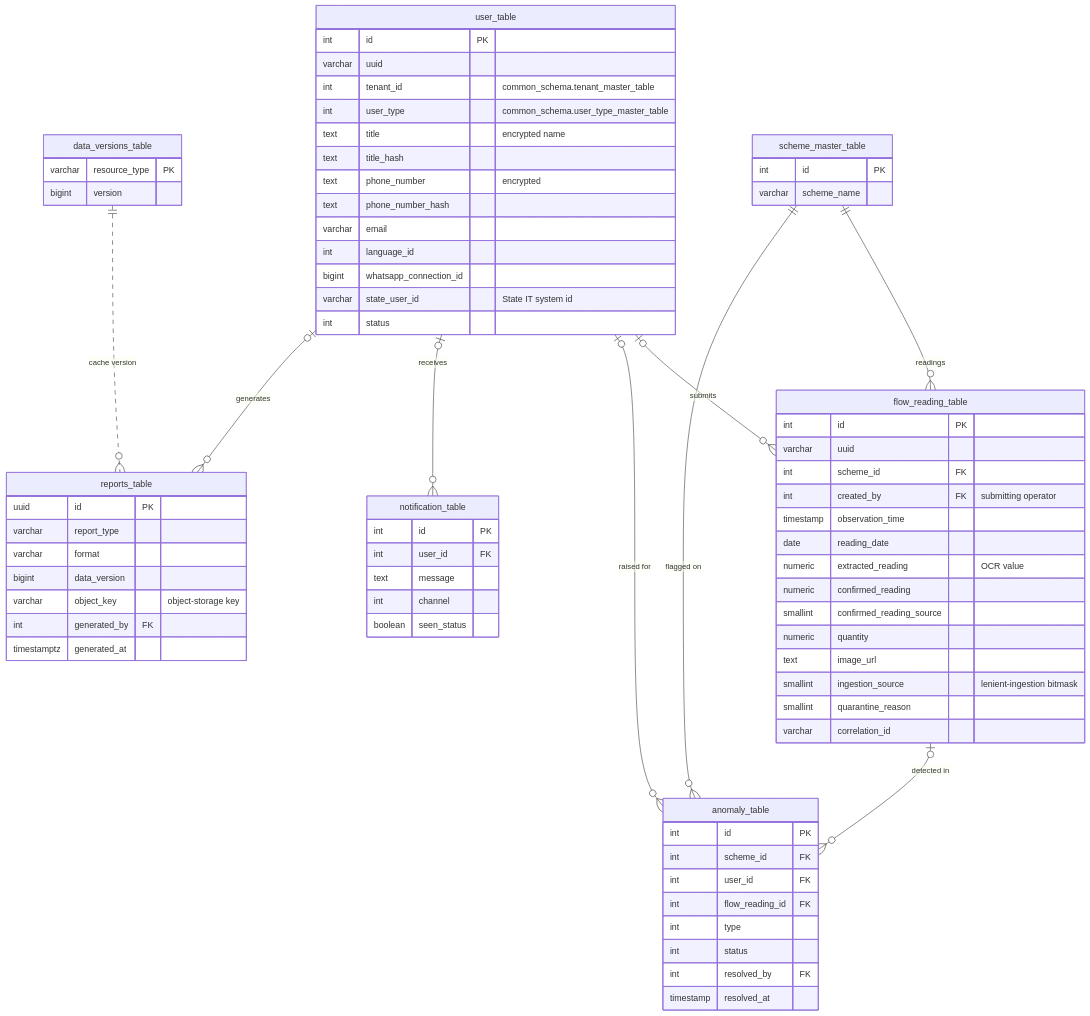
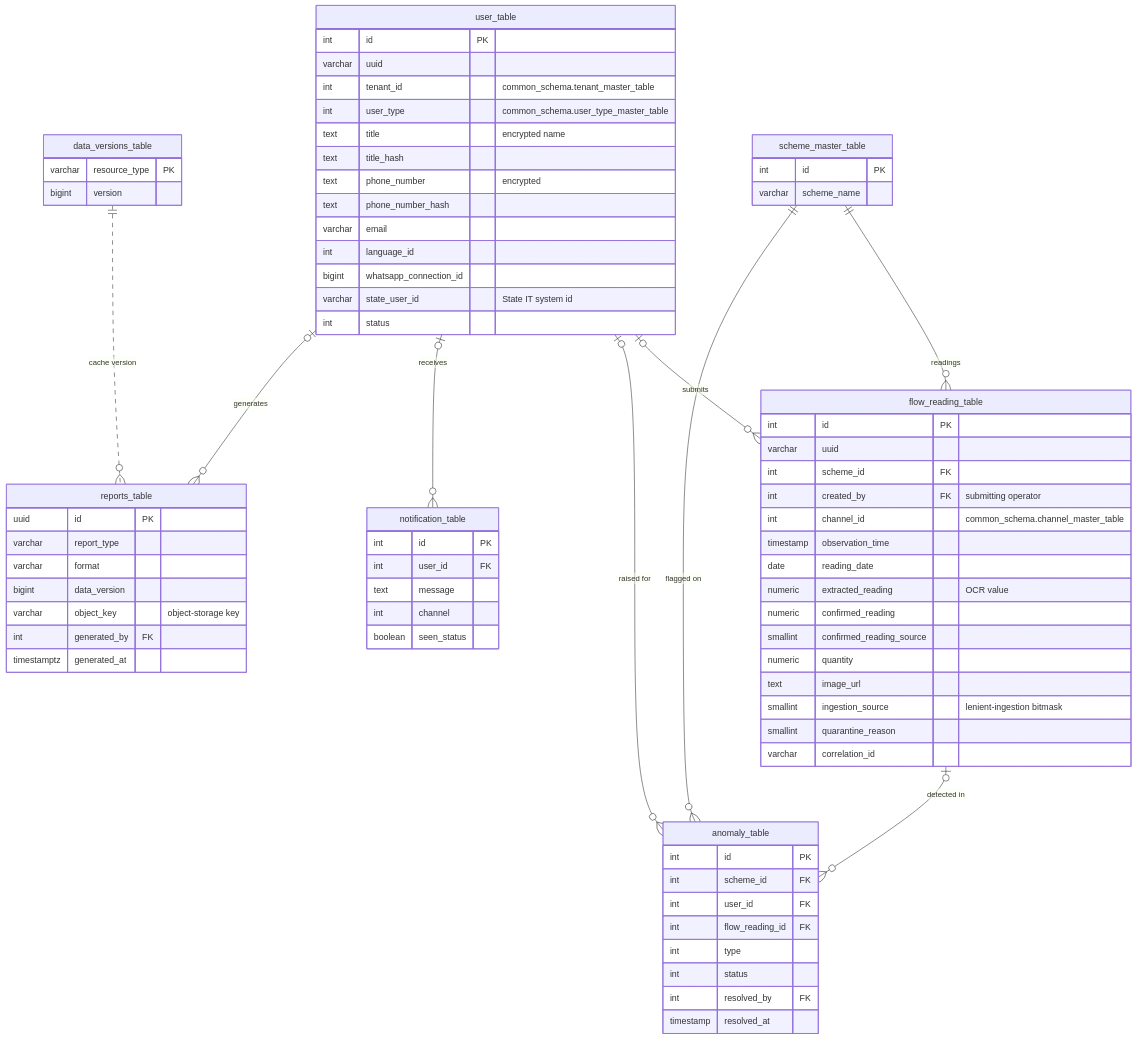
One commit to arghyam/JalSoochak changed the fourth of 8 diagrams in gitbook/database-er-diagram.md. Above: the diagram before and after it, drawn with Mermaid. The commit also changed other lines of this file and 3 other files, not shown here.

````diff
--- a/gitbook/database-er-diagram.md
+++ b/gitbook/database-er-diagram.md
@@ -208,77 +208,78 @@
 ```mermaid
 erDiagram
     scheme_master_table {
         int id PK
         varchar scheme_name
     }
     user_table {
         int id PK
         varchar uuid
         int tenant_id "common_schema.tenant_master_table"
         int user_type "common_schema.user_type_master_table"
         text title "encrypted name"
         text title_hash
         text phone_number "encrypted"
         text phone_number_hash
         varchar email
         int language_id
         bigint whatsapp_connection_id
         varchar state_user_id "State IT system id"
         int status
     }
     flow_reading_table {
         int id PK
         varchar uuid
         int scheme_id FK
         int created_by FK "submitting operator"
+        int channel_id "common_schema.channel_master_table"
         timestamp observation_time
         date reading_date
         numeric extracted_reading "OCR value"
         numeric confirmed_reading
         smallint confirmed_reading_source
         numeric quantity
         text image_url
         smallint ingestion_source "lenient-ingestion bitmask"
         smallint quarantine_reason
         varchar correlation_id
     }
     anomaly_table {
         int id PK
         int scheme_id FK
         int user_id FK
         int flow_reading_id FK
         int type
         int status
         int resolved_by FK
         timestamp resolved_at
     }
     notification_table {
         int id PK
         int user_id FK
         text message
         int channel
         boolean seen_status
     }
     reports_table {
         uuid id PK
         varchar report_type
         varchar format
         bigint data_version
         varchar object_key "object-storage key"
         int generated_by FK
         timestamptz generated_at
     }
     data_versions_table {
         varchar resource_type PK
         bigint version
     }
 
     user_table |o--o{ flow_reading_table : "submits"
     scheme_master_table ||--o{ flow_reading_table : "readings"
     flow_reading_table |o--o{ anomaly_table : "detected in"
     scheme_master_table ||--o{ anomaly_table : "flagged on"
     user_table |o--o{ anomaly_table : "raised for"
     user_table |o--o{ notification_table : "receives"
     user_table |o--o{ reports_table : "generates"
     data_versions_table ||..o{ reports_table : "cache version"
 ```
````
